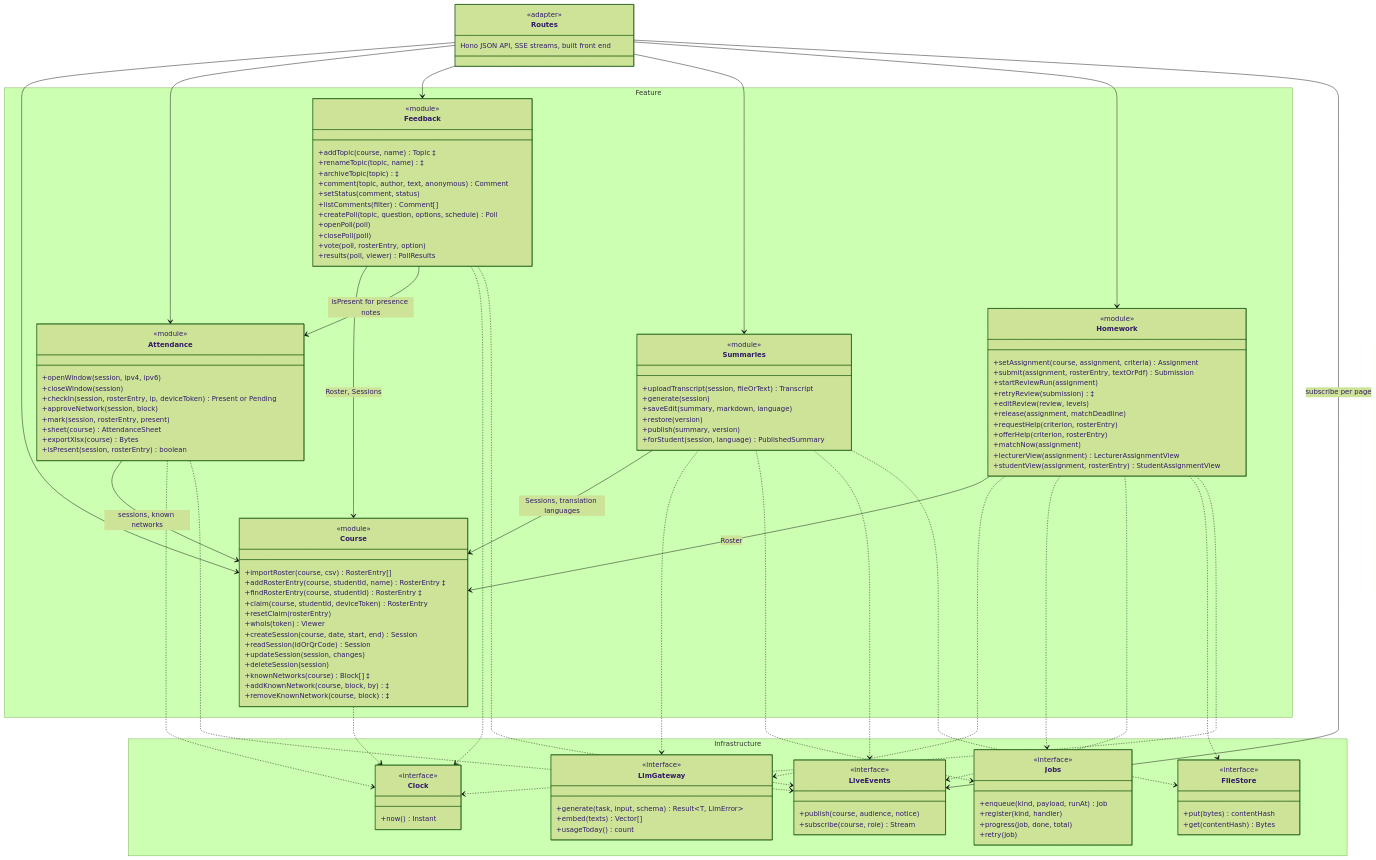
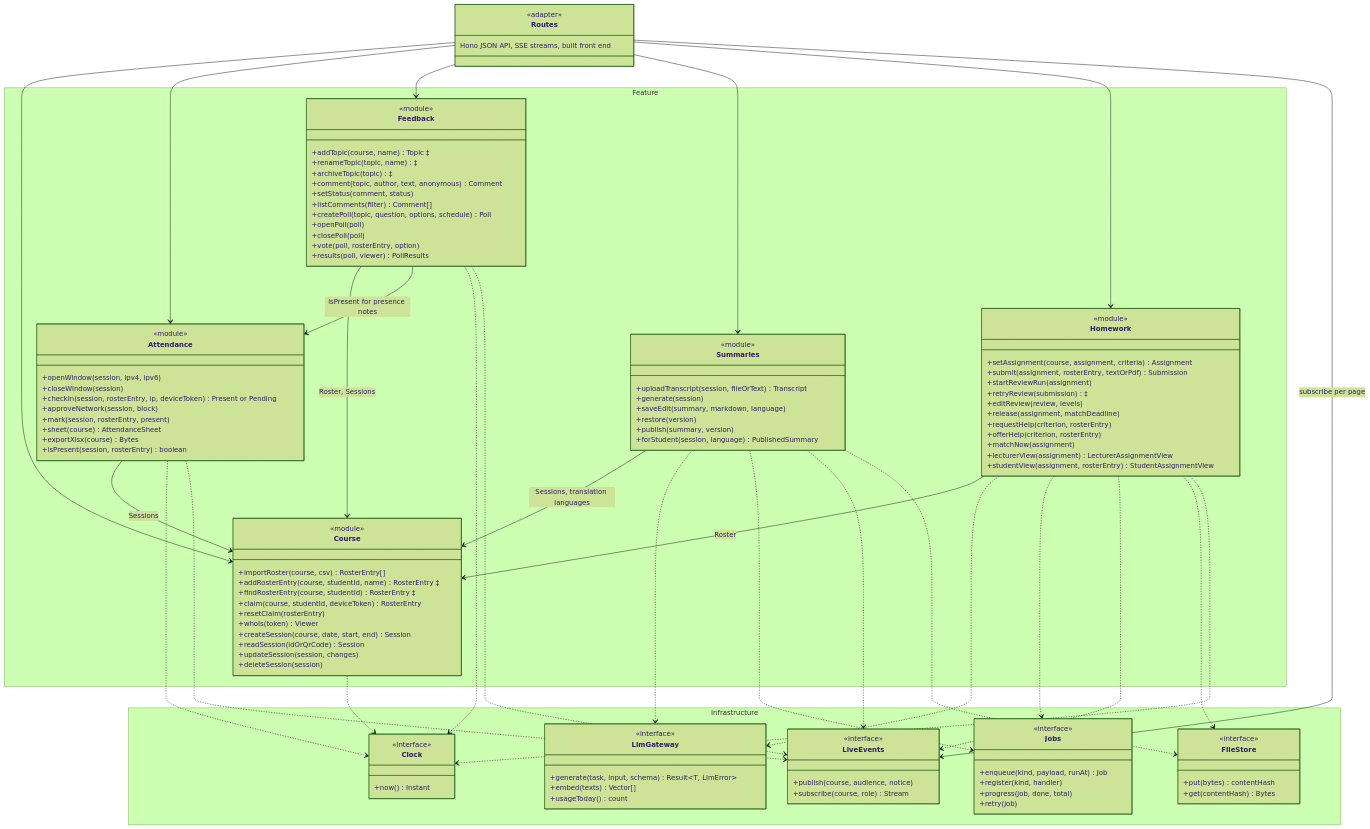
Before and after one commit to ofeq-dev/class-connect: the first of 7 diagrams in docs/diagrams/class-diagram.md, drawn with Mermaid (forest theme). The commit also changed other lines of this file and 4 other files, not shown here.

```diff
--- a/docs/diagrams/class-diagram.md
+++ b/docs/diagrams/class-diagram.md
@@ -30,9 +30,6 @@
       +readSession(idOrQrCode) Session
       +updateSession(session, changes)
       +deleteSession(session)
-      +knownNetworks(course) Block[] ‡
-      +addKnownNetwork(course, block, by) ‡
-      +removeKnownNetwork(course, block) ‡
     }
     class Attendance {
       <<module>>
@@ -121,7 +118,7 @@
   Routes --> Homework
   Routes --> LiveEvents : subscribe per page
 
-  Attendance --> Course : sessions, known networks
+  Attendance --> Course : Sessions
   Feedback --> Course : Roster, Sessions
   Feedback --> Attendance : isPresent for presence notes
   Summaries --> Course : Sessions, translation languages
```
